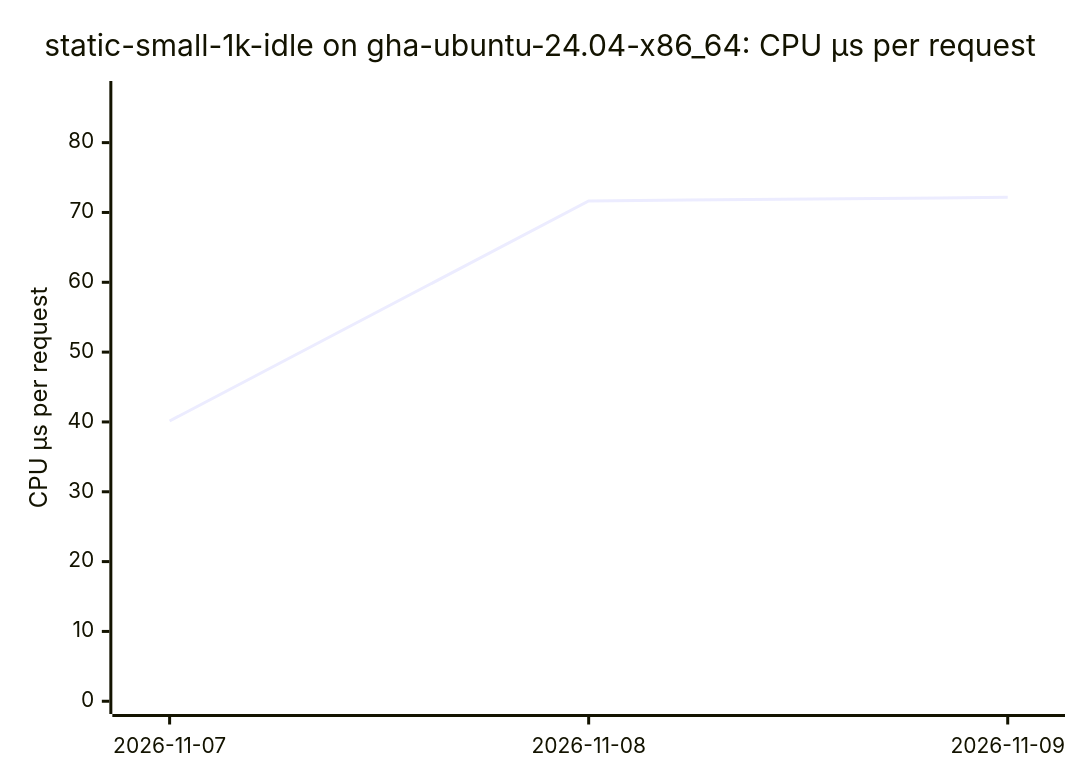
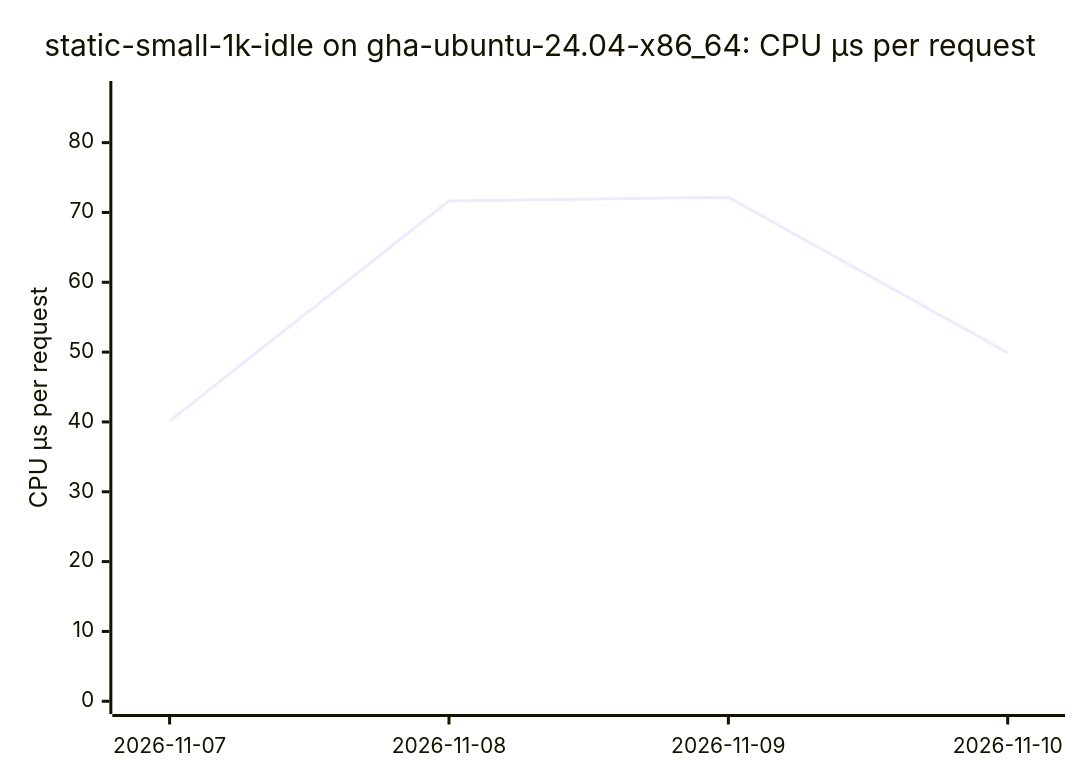
One commit to ThePixelPilgrim/durchlauferhitzer changed the ninth of 18 diagrams in BENCHMARKS.md. Above: the diagram before and after it, drawn with Mermaid. The commit also changed other lines of this file and 1 other file, not shown here.

````diff
--- a/BENCHMARKS.md
+++ b/BENCHMARKS.md
@@ -106,7 +106,7 @@
 ```mermaid
 xychart-beta
   title "static-small-1k-idle on gha-ubuntu-24.04-x86_64: CPU µs per request"
-  x-axis ["2026-11-07", "2026-11-08", "2026-11-09"]
+  x-axis ["2026-11-07", "2026-11-08", "2026-11-09", "2026-11-10"]
   y-axis "CPU µs per request" 0 --> 87
-  line [40.14, 71.65, 72.17]
+  line [40.14, 71.65, 72.17, 49.90]
 ```
````
